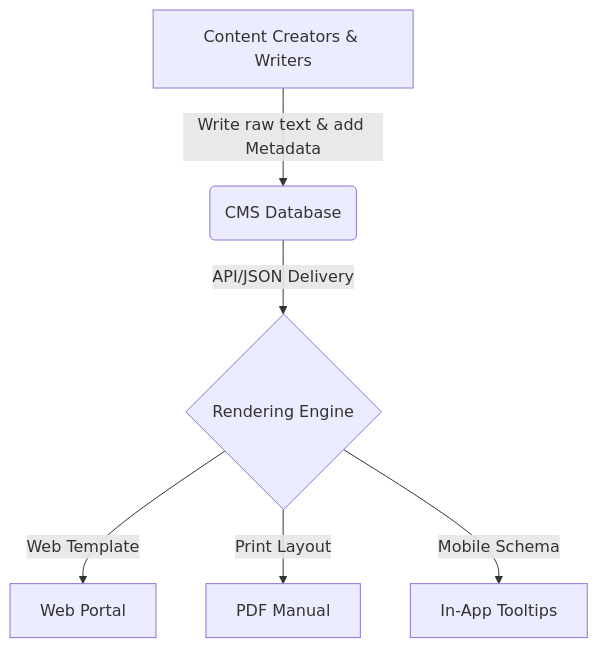
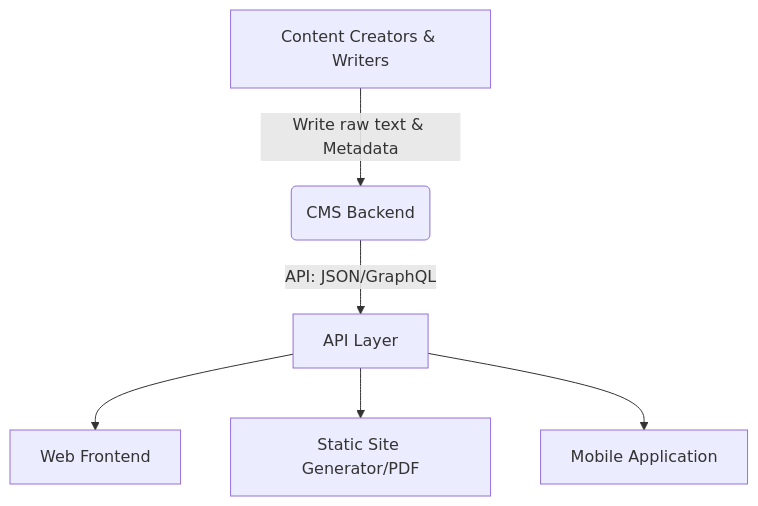
One commit to vaishvanara/techwritingkb changed the first of 2 diagrams in docs/industry-terms/content-management-system.md. Above: the diagram before and after it, drawn with Mermaid. The commit also changed other lines of this file and 51 other files, not shown here.

````diff
--- a/docs/industry-terms/content-management-system.md
+++ b/docs/industry-terms/content-management-system.md
@@ -44,8 +44,8 @@
 ```mermaid
 graph TD
-    A[Content Creators & Writers] -->|Write raw text & add Metadata| B(CMS Database)
-    B -->|API/JSON Delivery| C{Rendering Engine}
-    C -->|Web Template| D[Web Portal]
-    C -->|Print Layout| E[PDF Manual]
-    C -->|Mobile Schema| F[In-App Tooltips]
+    A[Content Creators & Writers] -->|Write raw text & Metadata| B(CMS Backend)
+    B -->|API: JSON/GraphQL| C[API Layer]
+    C --> D[Web Frontend]
+    C --> E[Static Site Generator/PDF]
+    C --> F[Mobile Application]
 ```
````
